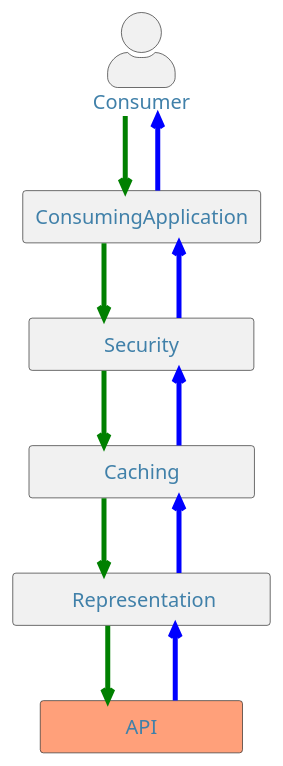
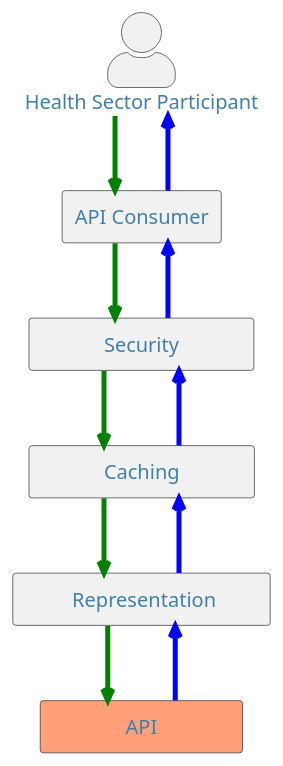
The second of 2 diagrams in docs/api-development/02-API Design.md (tewhatuora/api-standards), drawn with PlantUML before and after one commit. The commit also changed other lines of this file and 2 other files, not shown here.

````diff
--- a/docs/api-development/02-API Design.md
+++ b/docs/api-development/02-API Design.md
@@ -215,40 +222,40 @@
 ```plantuml alt="PlantUML diagram describing the API representation layer"
 @startuml
 skinparam {
     defaultFontColor #4080a9
     defaultBackgroundColor #d7f8ff
     defaultComponentColour #61d9de
     defaultActorColour #61d9de
     defaultFontSize 16
     defaultArrowThickness 6
     actorStyle awesome
     linetype ortho
     minRectangleWidth 1000
 }
-actor Consumer
-rectangle ConsumingApplication {
+actor "Health Sector Participant" as Consumer
+rectangle "API Consumer" as ConsumingApplication {
 
 }
 rectangle "            Security            " as S {
 }
 rectangle "            Caching            " as C{
 }
 rectangle "         Representation        " as Representation{
 }
 rectangle "              API              " as API #LightSalmon{
 }
 Consumer -[#green,thickness=4]down-> ConsumingApplication
 ConsumingApplication -[#green,thickness=4]down-> S
 S -[#green,thickness=4]down-> C
 C -[#green,thickness=4]down-> Representation
 Representation -[#green,thickness=4]down-> API
 
 API -[#blue,thickness=4]up-> Representation
 Representation -[#blue,thickness=4]up-> C
 C -[#blue,thickness=4]up-> S
 S -[#blue,thickness=4]up-> ConsumingApplication
 ConsumingApplication -[#blue,thickness=4]up-> Consumer
 
 @enduml
 
 ```
````
